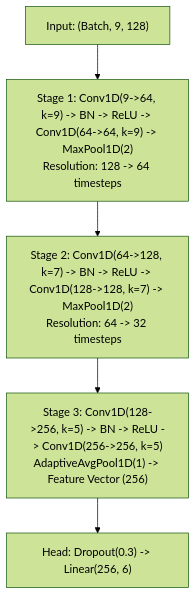
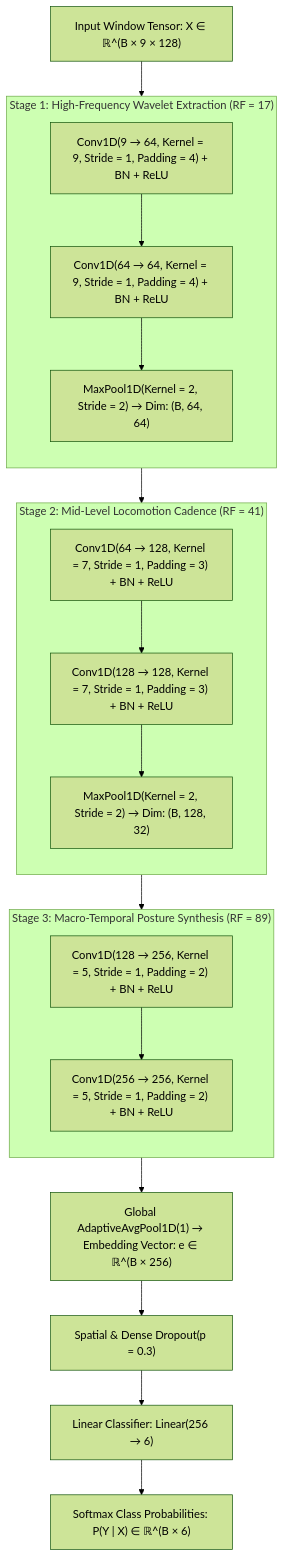
Before and after one commit to prathmesh-nitnaware/HAR: the fifth of 8 diagrams in README.md, drawn with Mermaid (forest theme). The commit also changed other lines of this file and 22 other files, not shown here.

````diff
--- a/README.md
+++ b/README.md
@@ -215,7 +347,36 @@
 ```mermaid
 flowchart TD
-    IN["Input: (Batch, 9, 128)"] --> STAGE1["Stage 1: Conv1D(9->64, k=9) -> BN -> ReLU -> Conv1D(64->64, k=9) -> MaxPool1D(2)<br/>Resolution: 128 -> 64 timesteps"]
-    STAGE1 --> STAGE2["Stage 2: Conv1D(64->128, k=7) -> BN -> ReLU -> Conv1D(128->128, k=7) -> MaxPool1D(2)<br/>Resolution: 64 -> 32 timesteps"]
-    STAGE2 --> STAGE3["Stage 3: Conv1D(128->256, k=5) -> BN -> ReLU -> Conv1D(256->256, k=5)<br/>AdaptiveAvgPool1D(1) -> Feature Vector (256)"]
-    STAGE3 --> CLF["Head: Dropout(0.3) -> Linear(256, 6)"]
+    IN["Input Window Tensor: X ∈ ℝ^(B × 9 × 128)"] --> STAGE1
+    
+    subgraph STAGE1["Stage 1: High-Frequency Wavelet Extraction (RF = 17)"]
+        direction TB
+        S1_1["Conv1D(9 → 64, Kernel = 9, Stride = 1, Padding = 4) + BN + ReLU"]
+        S1_2["Conv1D(64 → 64, Kernel = 9, Stride = 1, Padding = 4) + BN + ReLU"]
+        S1_P["MaxPool1D(Kernel = 2, Stride = 2) → Dim: (B, 64, 64)"]
+        S1_1 --> S1_2 --> S1_P
+    end
+    
+    STAGE1 --> STAGE2
+    
+    subgraph STAGE2["Stage 2: Mid-Level Locomotion Cadence (RF = 41)"]
+        direction TB
+        S2_1["Conv1D(64 → 128, Kernel = 7, Stride = 1, Padding = 3) + BN + ReLU"]
+        S2_2["Conv1D(128 → 128, Kernel = 7, Stride = 1, Padding = 3) + BN + ReLU"]
+        S2_P["MaxPool1D(Kernel = 2, Stride = 2) → Dim: (B, 128, 32)"]
+        S2_1 --> S2_2 --> S2_P
+    end
+    
+    STAGE2 --> STAGE3
+    
+    subgraph STAGE3["Stage 3: Macro-Temporal Posture Synthesis (RF = 89)"]
+        direction TB
+        S3_1["Conv1D(128 → 256, Kernel = 5, Stride = 1, Padding = 2) + BN + ReLU"]
+        S3_2["Conv1D(256 → 256, Kernel = 5, Stride = 1, Padding = 2) + BN + ReLU"]
+        S3_1 --> S3_2
+    end
+    
+    STAGE3 --> POOL["Global AdaptiveAvgPool1D(1) → Embedding Vector: e ∈ ℝ^(B × 256)"]
+    POOL --> DROP["Spatial & Dense Dropout(p = 0.3)"]
+    DROP --> HEAD["Linear Classifier: Linear(256 → 6)"]
+    HEAD --> OUT["Softmax Class Probabilities: P(Y | X) ∈ ℝ^(B × 6)"]
 ```
````
